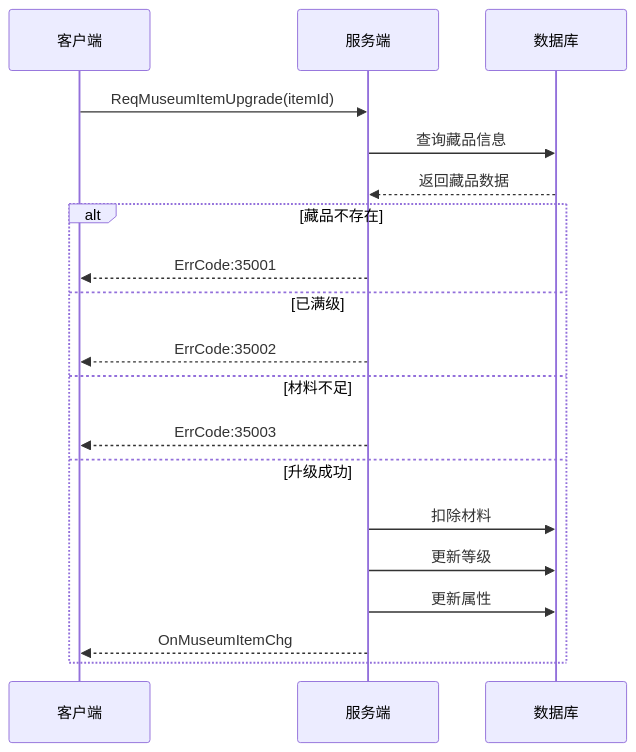
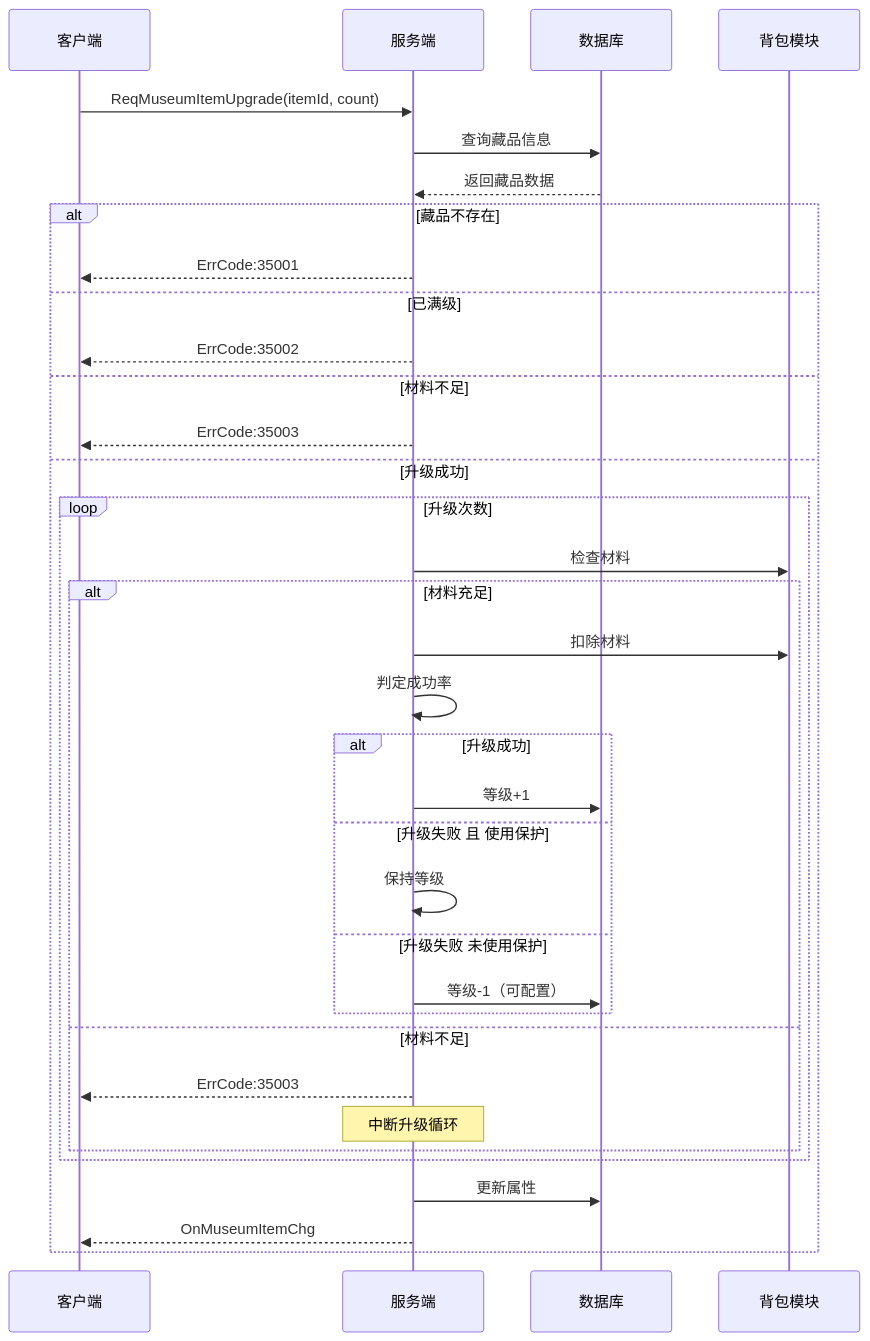
The second of 12 diagrams in docs/Module_Museum/02_协议文档.md (Alan-Ben/k2c_game_framework), drawn with Mermaid before and after one commit. The commit also changed other lines of this file and 5 other files, not shown here.

````diff
--- a/docs/Module_Museum/02_协议文档.md
+++ b/docs/Module_Museum/02_协议文档.md
@@ -173,23 +222,39 @@
 ```mermaid
 sequenceDiagram
     participant Client as 客户端
     participant Server as 服务端
     participant DB as 数据库
-    
-    Client->>Server: ReqMuseumItemUpgrade(itemId)
+    participant Bag as 背包模块
+
+    Client->>Server: ReqMuseumItemUpgrade(itemId, count)
     Server->>DB: 查询藏品信息
     DB-->>Server: 返回藏品数据
-    
+
     alt 藏品不存在
         Server-->>Client: ErrCode:35001
     else 已满级
         Server-->>Client: ErrCode:35002
     else 材料不足
         Server-->>Client: ErrCode:35003
     else 升级成功
-        Server->>DB: 扣除材料
-        Server->>DB: 更新等级
+        loop 升级次数
+            Server->>Bag: 检查材料
+            alt 材料充足
+                Server->>Bag: 扣除材料
+                Server->>Server: 判定成功率
+                alt 升级成功
+                    Server->>DB: 等级+1
+                else 升级失败 且 使用保护
+                    Server->>Server: 保持等级
+                else 升级失败 未使用保护
+                    Server->>DB: 等级-1（可配置）
+                end
+            else 材料不足
+                Server-->>Client: ErrCode:35003
+                Note over Server: 中断升级循环
+            end
+        end
         Server->>DB: 更新属性
         Server-->>Client: OnMuseumItemChg
     end
 ```
````
